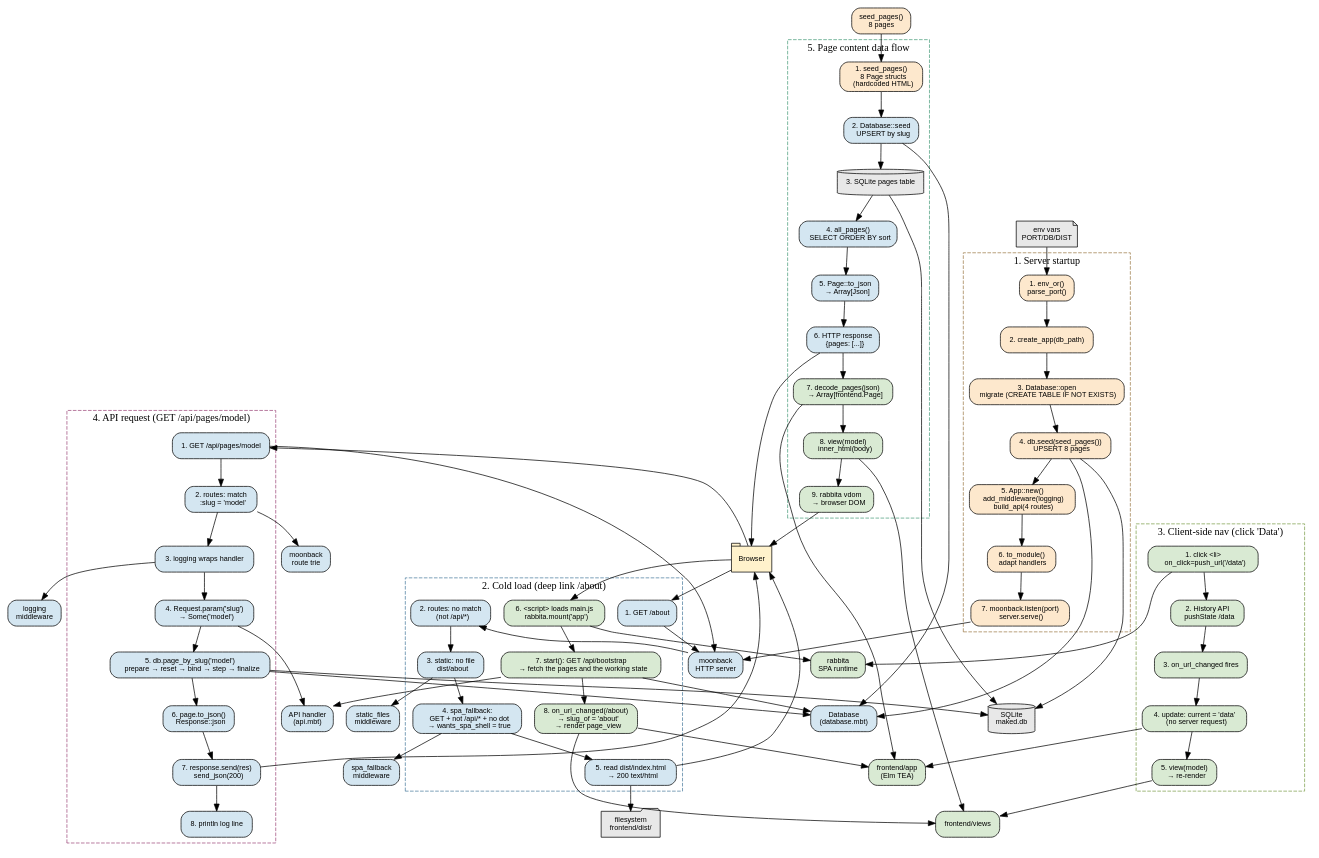
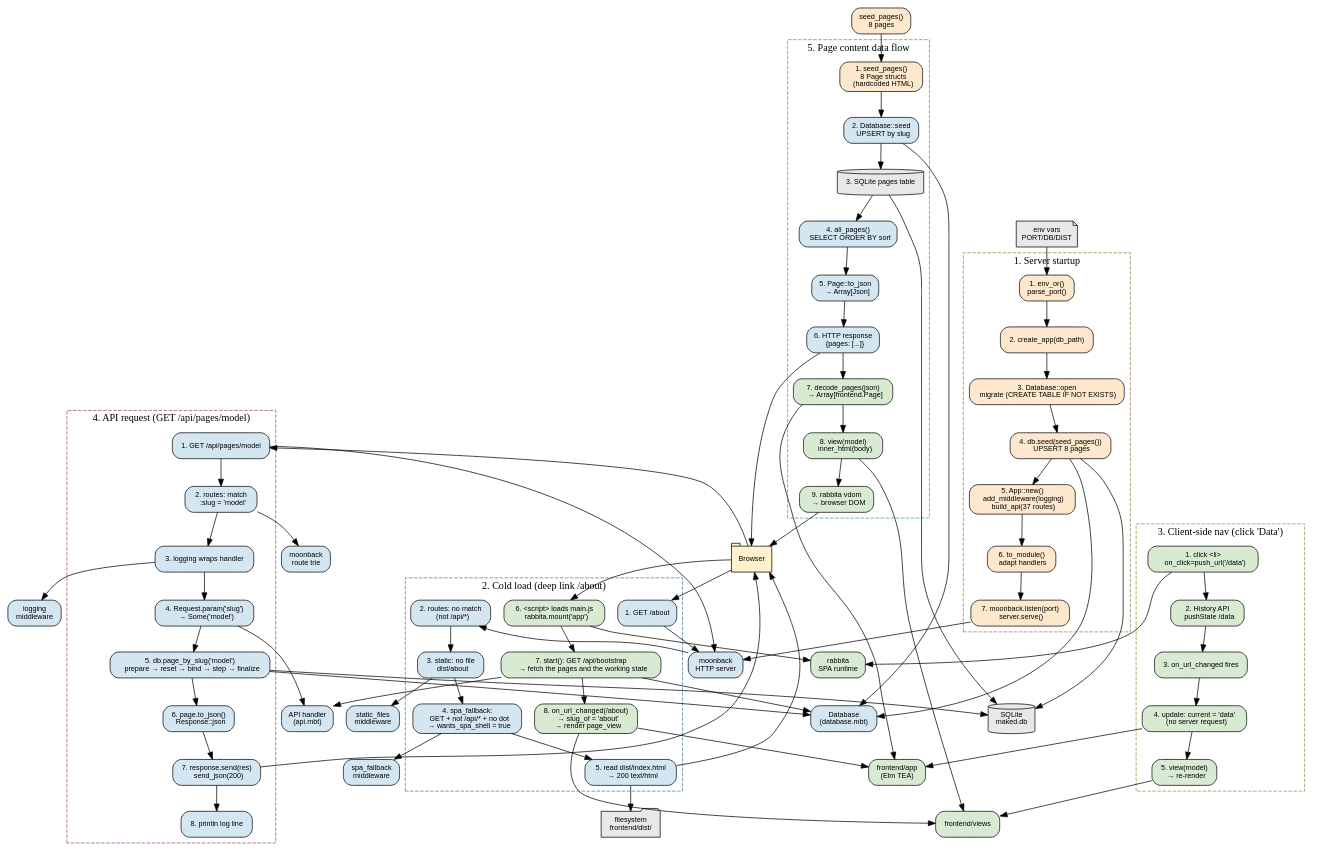
Before and after one commit to riantr/MAKED: the diagram in architecture/flows.dot, drawn with Graphviz. The commit also changed 3 other files, not shown here.

```diff
--- a/architecture/flows.dot
+++ b/architecture/flows.dot
@@ -1,176 +1,176 @@
 // MAKED Flow Graph &mdash; Graphviz DOT
 // Skill: flow-visualizer + graphviz
 //
 // Shows the five key flows: startup, cold load, client nav, API request,
 // and data flow. Each flow is a subgraph with numbered steps.
 // Render: dot -Tsvg flows.dot -o flows.svg
 
 digraph maked_flows {
   rankdir=TB
   node [shape=box, style="rounded,filled", fontname="Helvetica", fontsize=10]
   edge [fontname="Helvetica", fontsize=8]
 
   // --- Shared nodes ---
   browser [label="Browser", shape=tab, fillcolor="#fff2cc"]
   moonback [label="moonback\nHTTP server", fillcolor="#d4e6f1"]
   router [label="moonback\nroute trie", fillcolor="#d4e6f1"]
   logging [label="logging\nmiddleware", fillcolor="#d4e6f1"]
   spa_fb [label="spa_fallback\nmiddleware", fillcolor="#d4e6f1"]
   static_mw [label="static_files\nmiddleware", fillcolor="#d4e6f1"]
   api_handler [label="API handler\n(api.mbt)", fillcolor="#d4e6f1"]
   db [label="Database\n(database.mbt)", fillcolor="#d4e6f1"]
   sqlite [label="SQLite\nmaked.db", shape=cylinder, fillcolor="#e8e8e8"]
   fs [label="filesystem\nfrontend/dist/", shape=folder, fillcolor="#e8e8e8"]
   rabbita [label="rabbita\nSPA runtime", fillcolor="#d9ead3"]
   frontend_app [label="frontend/app\n(Elm TEA)", fillcolor="#d9ead3"]
   frontend_views [label="frontend/views", fillcolor="#d9ead3"]
   seed_data [label="seed_pages()\n8 pages", fillcolor="#fde8cd"]
   env [label="env vars\nPORT/DB/DIST", shape=note, fillcolor="#e8e8e8"]
 
   // ========== Flow 1: Server startup ==========
   subgraph cluster_startup {
     label="1. Server startup"
     style=dashed
     color="#9e7c4a"
 
     s1 [label="1. env_or()\nparse_port()", fillcolor="#fde8cd"]
     s2 [label="2. create_app(db_path)", fillcolor="#fde8cd"]
     s3 [label="3. Database::open\n  migrate (CREATE TABLE IF NOT EXISTS)", fillcolor="#fde8cd"]
     s4 [label="4. db.seed(seed_pages())\n  UPSERT 8 pages", fillcolor="#fde8cd"]
-    s5 [label="5. App::new()\n  add_middleware(logging)\n  build_api(4 routes)", fillcolor="#fde8cd"]
+    s5 [label="5. App::new()\n  add_middleware(logging)\n  build_api(37 routes)", fillcolor="#fde8cd"]
     s6 [label="6. to_module()\n  adapt handlers", fillcolor="#fde8cd"]
     s7 [label="7. moonback.listen(port)\n  server.serve()", fillcolor="#fde8cd"]
   }
 
   env -> s1
   s1 -> s2
   s2 -> s3
   s3 -> s4
   s4 -> db
   s4 -> sqlite
   s4 -> s5
   s5 -> s6
   s6 -> s7
   s7 -> moonback
 
   // ========== Flow 2: Cold load (deep link) ==========
   subgraph cluster_cold {
     label="2. Cold load (deep link /about)"
     style=dashed
     color="#4a7c9e"
 
     c1 [label="1. GET /about", fillcolor="#d4e6f1"]
     c2 [label="2. routes: no match\n   (not /api/*)", fillcolor="#d4e6f1"]
     c3 [label="3. static: no file\n   dist/about", fillcolor="#d4e6f1"]
     c4 [label="4. spa_fallback:\n   GET + not /api/* + no dot\n   → wants_spa_shell = true", fillcolor="#d4e6f1"]
     c5 [label="5. read dist/index.html\n   → 200 text/html", fillcolor="#d4e6f1"]
     c6 [label="6. <script> loads main.js\n   rabbita.mount('app')", fillcolor="#d9ead3"]
     c7 [label="7. start(): GET /api/bootstrap\n   → fetch the pages and the working state", fillcolor="#d9ead3"]
     c8 [label="8. on_url_changed(/about)\n   → slug_of = 'about'\n   → render page_view", fillcolor="#d9ead3"]
   }
 
   browser -> c1
   c1 -> moonback
   moonback -> c2
   c2 -> c3
   c3 -> static_mw
   c3 -> c4
   c4 -> spa_fb
   c4 -> c5
   c5 -> fs
   c5 -> browser
   browser -> c6
   c6 -> rabbita
   c6 -> c7
   c7 -> api_handler
   c7 -> db
   c7 -> c8
   c8 -> frontend_app
   c8 -> frontend_views
 
   // ========== Flow 3: Client-side navigation ==========
   subgraph cluster_nav {
     label="3. Client-side nav (click 'Data')"
     style=dashed
     color="#7c9e4a"
 
     n1 [label="1. click <li>\n   on_click=push_url('/data')", fillcolor="#d9ead3"]
     n2 [label="2. History API\n   pushState /data", fillcolor="#d9ead3"]
     n3 [label="3. on_url_changed fires", fillcolor="#d9ead3"]
     n4 [label="4. update: current = 'data'\n   (no server request)", fillcolor="#d9ead3"]
     n5 [label="5. view(model)\n   → re-render", fillcolor="#d9ead3"]
   }
 
   n1 -> rabbita
   n1 -> n2
   n2 -> n3
   n3 -> n4
   n4 -> frontend_app
   n4 -> n5
   n5 -> frontend_views
 
   // ========== Flow 4: API request ==========
   subgraph cluster_api {
     label="4. API request (GET /api/pages/model)"
     style=dashed
     color="#9e4a7c"
 
     a1 [label="1. GET /api/pages/model", fillcolor="#d4e6f1"]
     a2 [label="2. routes: match\n   :slug = 'model'", fillcolor="#d4e6f1"]
     a3 [label="3. logging wraps handler", fillcolor="#d4e6f1"]
     a4 [label="4. Request.param('slug')\n   → Some('model')", fillcolor="#d4e6f1"]
     a5 [label="5. db.page_by_slug('model')\n   prepare → reset → bind → step → finalize", fillcolor="#d4e6f1"]
     a6 [label="6. page.to_json()\n   Response::json", fillcolor="#d4e6f1"]
     a7 [label="7. response.send(res)\n   send_json(200)", fillcolor="#d4e6f1"]
     a8 [label="8. println log line", fillcolor="#d4e6f1"]
   }
 
   browser -> a1
   a1 -> moonback
   a1 -> a2
   a2 -> router
   a2 -> a3
   a3 -> logging
   a3 -> a4
   a4 -> api_handler
   a4 -> a5
   a5 -> db
   a5 -> sqlite
   a5 -> a6
   a6 -> a7
   a7 -> browser
   a7 -> a8
 
   // ========== Flow 5: Data flow ==========
   subgraph cluster_data {
     label="5. Page content data flow"
     style=dashed
     color="#4a9e7c"
 
     d1 [label="1. seed_pages()\n   8 Page structs\n   (hardcoded HTML)", fillcolor="#fde8cd"]
     d2 [label="2. Database::seed\n   UPSERT by slug", fillcolor="#d4e6f1"]
     d3 [label="3. SQLite pages table", shape=cylinder, fillcolor="#e8e8e8"]
     d4 [label="4. all_pages()\n   SELECT ORDER BY sort", fillcolor="#d4e6f1"]
     d5 [label="5. Page::to_json\n   → Array[Json]", fillcolor="#d4e6f1"]
     d6 [label="6. HTTP response\n   {pages: [...]}", fillcolor="#d4e6f1"]
     d7 [label="7. decode_pages(json)\n   → Array[frontend.Page]", fillcolor="#d9ead3"]
     d8 [label="8. view(model)\n   inner_html(body)", fillcolor="#d9ead3"]
     d9 [label="9. rabbita vdom\n   → browser DOM", fillcolor="#d9ead3"]
   }
 
   seed_data -> d1
   d1 -> d2
   d2 -> db
   d2 -> d3
   d3 -> sqlite
   d3 -> d4
   d4 -> d5
   d5 -> d6
   d6 -> browser
   d6 -> d7
   d7 -> frontend_app
   d7 -> d8
   d8 -> frontend_views
   d8 -> d9
   d9 -> browser
 }
```
